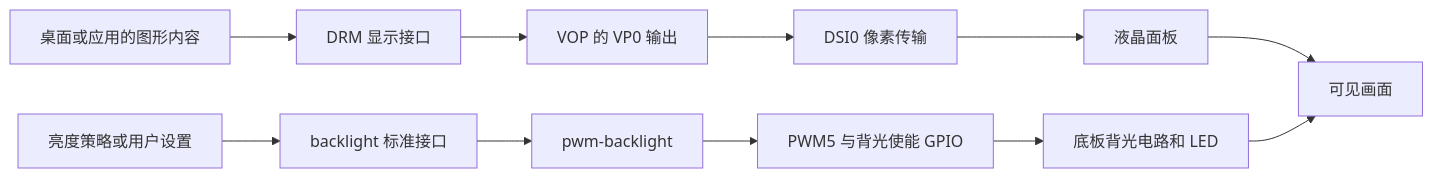
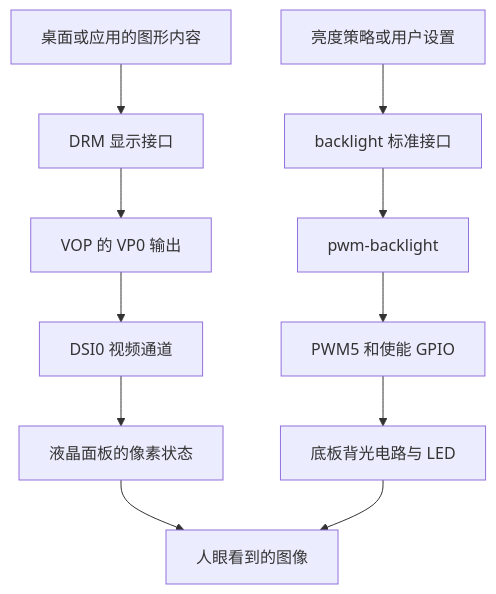
One commit to Bamboo-tt/RK3566_Ground_segment changed the diagram in docs/RK3566_项目学习/06_显示与背光.md. Above: the diagram before and after it, drawn with Mermaid. The commit also changed other lines of this file and 19 other files, not shown here.

````diff
--- a/docs/RK3566_项目学习/06_显示与背光.md
+++ b/docs/RK3566_项目学习/06_显示与背光.md
@@ -13,13 +13,13 @@
 ```mermaid
-flowchart LR
+flowchart TD
     APP[桌面或应用的图形内容] --> DRM[DRM 显示接口]
     DRM --> VOP[VOP 的 VP0 输出]
-    VOP --> DSI[DSI0 像素传输]
-    DSI --> LCD[液晶面板]
+    VOP --> DSI[DSI0 视频通道]
+    DSI --> LCD[液晶面板的像素状态]
     UI[亮度策略或用户设置] --> BL[backlight 标准接口]
-    BL --> PBL[pwm-backlight]
-    PBL --> PWM[PWM5 与背光使能 GPIO]
-    PWM --> LED[底板背光电路和 LED]
-    LCD --> VIEW[可见画面]
+    BL --> DRIVER[pwm-backlight]
+    DRIVER --> PWM[PWM5 和使能 GPIO]
+    PWM --> LED[底板背光电路与 LED]
+    LCD --> VIEW[人眼看到的图像]
     LED --> VIEW
 ```
````
